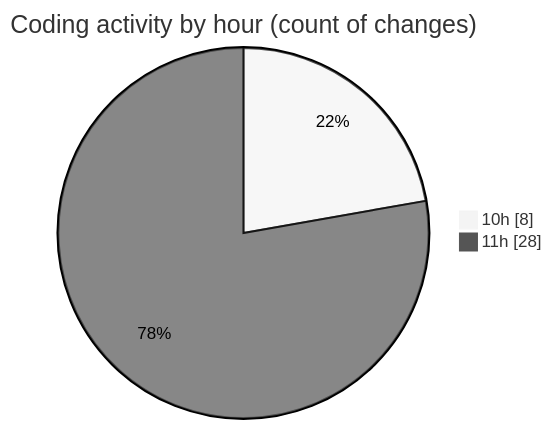
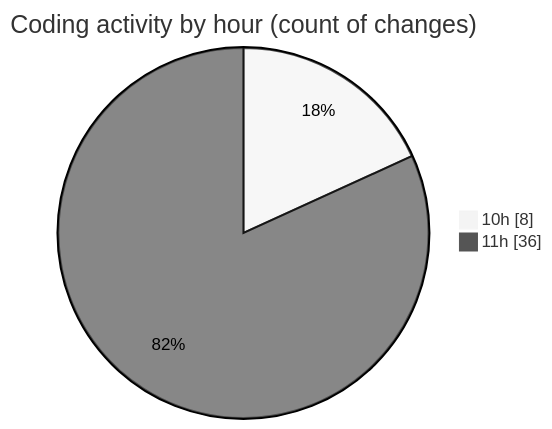
The second of 2 diagrams in 2025-08-22/nxtqube_webapp/README.md (nxtqubesakshisongat/code-tracking), drawn with Mermaid (neutral theme) before and after one commit. The commit also changed other lines of this file and 1 other file, not shown here.

````diff
--- a/2025-08-22/nxtqube_webapp/README.md
+++ b/2025-08-22/nxtqube_webapp/README.md
@@ -28,6 +28,6 @@
 ```mermaid
 pie showData
 title Coding activity by hour (count of changes)
 "10h" : 8
-"11h" : 28
+"11h" : 36
 ```
````
